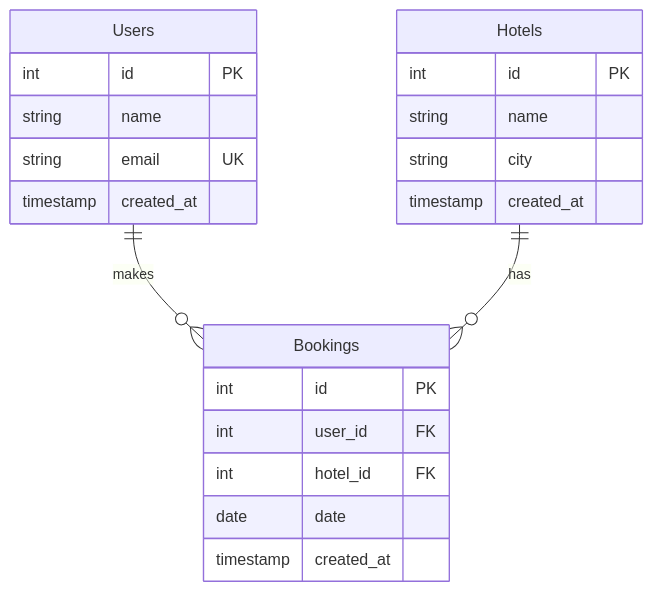
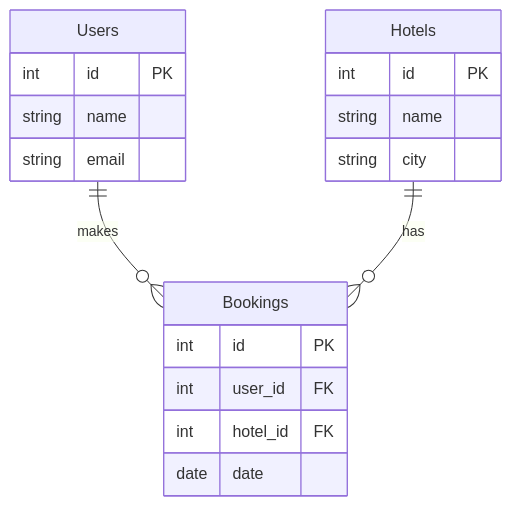
Before and after one commit to Ali2l/DatabaseProject: the first of 5 diagrams in SYSTEM_DESIGN.md, drawn with Mermaid. The commit also changed other lines of this file and 13 other files, not shown here.

````diff
--- a/SYSTEM_DESIGN.md
+++ b/SYSTEM_DESIGN.md
@@ -11,27 +5,24 @@
 ```mermaid
 erDiagram
     Users ||--o{ Bookings : makes
     Hotels ||--o{ Bookings : has
     
     Users {
         int id PK
         string name
-        string email UK
-        timestamp created_at
+        string email
     }
     
     Hotels {
         int id PK
         string name
         string city
-        timestamp created_at
     }
     
     Bookings {
         int id PK
         int user_id FK
         int hotel_id FK
         date date
-        timestamp created_at
     }
 ```
````
